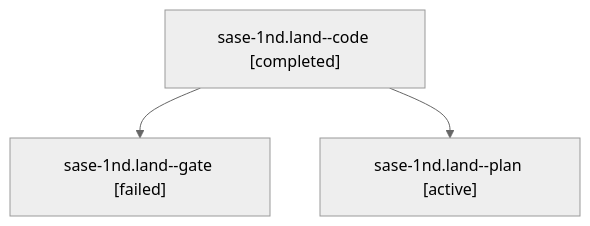
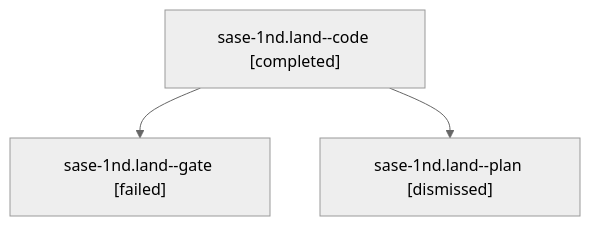
One commit to sase-org/sase--agents changed the diagram in sessions/bbugyi200.athena.sase-1nd.land.md. Above: the diagram before and after it, drawn with Mermaid (neutral theme). The commit also changed other lines of this file and 347 other files, not shown here.

````diff
--- a/sessions/bbugyi200.athena.sase-1nd.land.md
+++ b/sessions/bbugyi200.athena.sase-1nd.land.md
@@ -9,8 +9,8 @@
 ```mermaid
 flowchart TD
   n0["sase-1nd.land--code [completed]"]
   n1["sase-1nd.land--gate [failed]"]
   n0 --> n1
-  n2["sase-1nd.land--plan [active]"]
+  n2["sase-1nd.land--plan [dismissed]"]
   n0 --> n2
 ```
````
